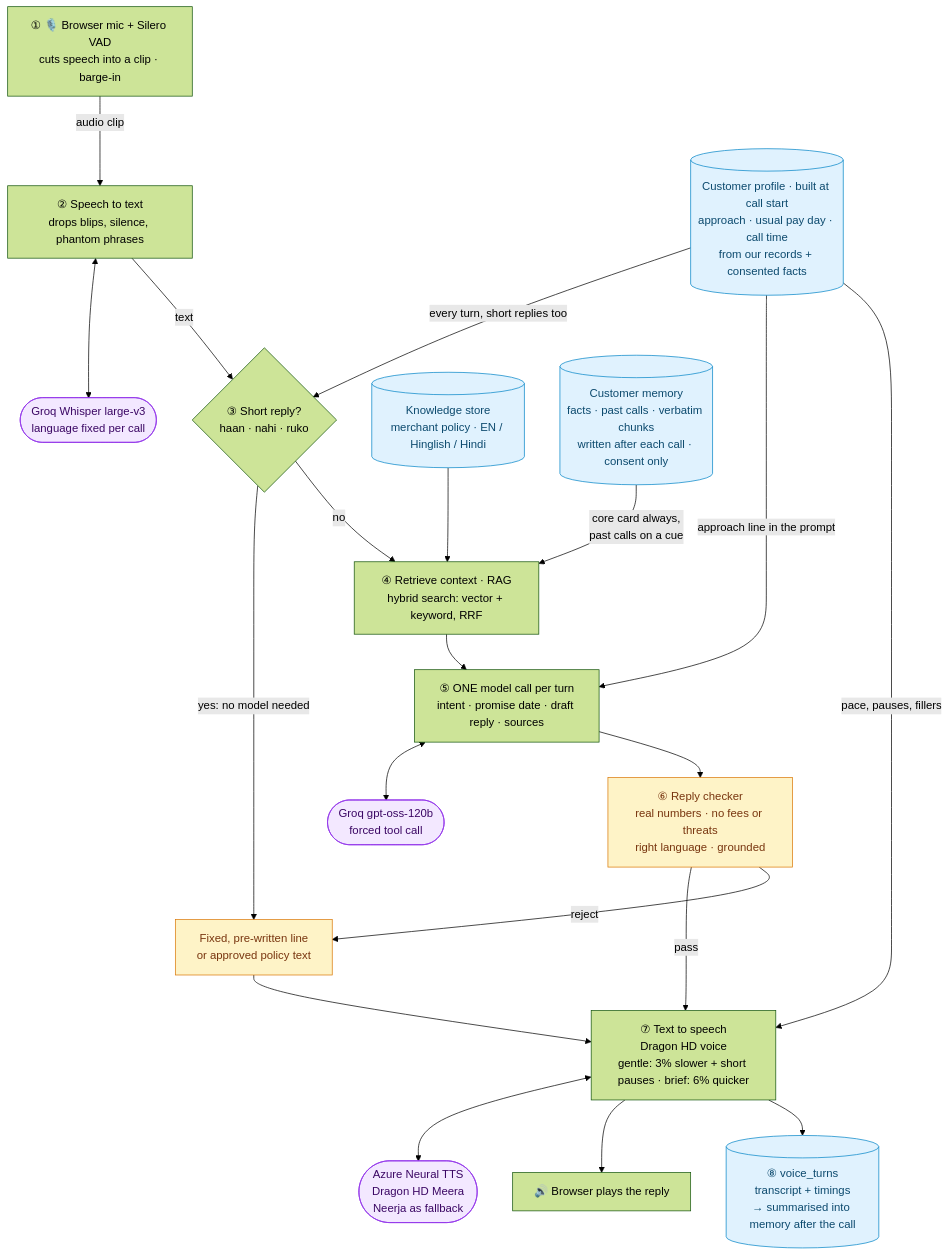
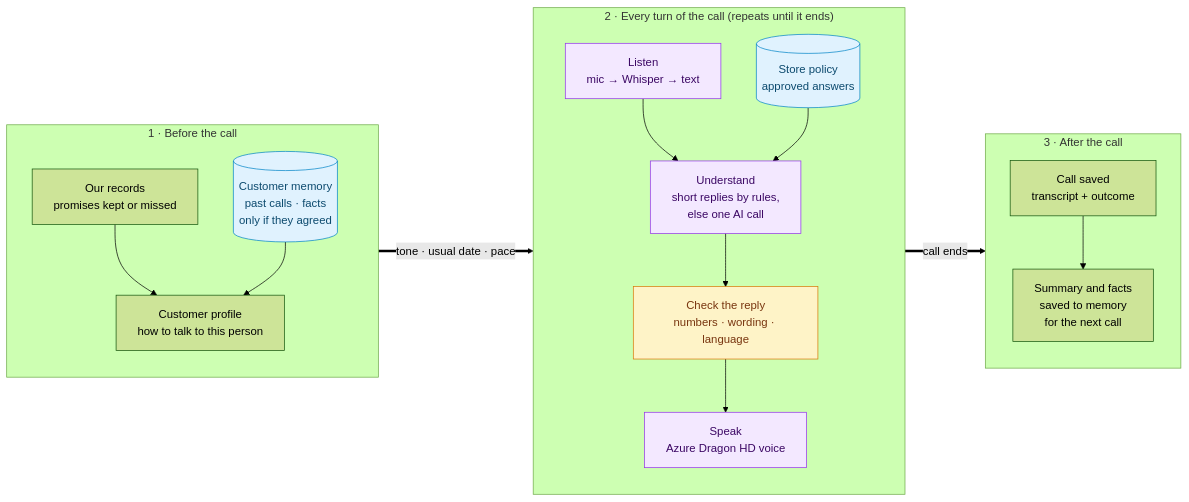
The fourth of 4 diagrams in README.md (Lakshaykhatri231/Backstop), drawn with Mermaid (forest theme) before and after one commit. The commit also changed other lines of this file, not shown here.

````diff
--- a/README.md
+++ b/README.md
@@ -387,47 +387,40 @@
 ```mermaid
-flowchart TD
-    MIC["① 🎙️ Browser mic + Silero VAD<br/>cuts speech into a clip · barge-in"]
-    STT["② Speech to text<br/>drops blips, silence, phantom phrases"]
-    SR{"③ Short reply?<br/>haan · nahi · ruko"}
-    RAG["④ Retrieve context · RAG<br/>hybrid search: vector + keyword, RRF"]
-    LLM["⑤ ONE model call per turn<br/>intent · promise date · draft reply · sources"]
-    CHK["⑥ Reply checker<br/>real numbers · no fees or threats<br/>right language · grounded"]
-    FIX["Fixed, pre-written line<br/>or approved policy text"]
-    TTS["⑦ Text to speech<br/>Dragon HD voice<br/>gentle: 3% slower + short pauses · brief: 6% quicker"]
-    PLAY["🔊 Browser plays the reply"]
-    TURNS[("⑧ voice_turns<br/>transcript + timings<br/>→ summarised into memory after the call")]
-    PROF[("Customer profile · built at call start<br/>approach · usual pay day · call time<br/>from our records + consented facts")]
+flowchart LR
+    subgraph A["1 · Before the call"]
+      direction TB
+      REC["Our records<br/>promises kept or missed"]
+      MEM[("Customer memory<br/>past calls · facts<br/>only if they agreed")]
+      PROF["Customer profile<br/>how to talk to this person"]
+      REC --> PROF
+      MEM --> PROF
+    end
 
-    W(["Groq Whisper large-v3<br/>language fixed per call"])
-    KB[("Knowledge store<br/>merchant policy · EN / Hinglish / Hindi")]
-    MEM[("Customer memory<br/>facts · past calls · verbatim chunks<br/>written after each call · consent only")]
-    G(["Groq gpt-oss-120b<br/>forced tool call"])
-    AZ(["Azure Neural TTS<br/>Dragon HD Meera<br/>Neerja as fallback"])
+    subgraph B["2 · Every turn of the call (repeats until it ends)"]
+      direction TB
+      L["Listen<br/>mic → Whisper → text"]
+      U["Understand<br/>short replies by rules,<br/>else one AI call"]
+      KB[("Store policy<br/>approved answers")]
+      C["Check the reply<br/>numbers · wording · language"]
+      S["Speak<br/>Azure Dragon HD voice"]
+      L --> U
+      KB --> U
+      U --> C --> S
+    end
 
-    PROF -- "every turn, short replies too" --> SR
-    PROF -- "approach line in the prompt" --> LLM
-    PROF -- "pace, pauses, fillers" --> TTS
-    MIC -- "audio clip" --> STT
-    STT <--> W
-    STT -- "text" --> SR
-    SR -- "yes: no model needed" --> FIX
-    SR -- no --> RAG
-    KB --> RAG
-    MEM -- "core card always,<br/>past calls on a cue" --> RAG
-    RAG --> LLM
-    LLM <--> G
-    LLM --> CHK
-    CHK -- pass --> TTS
-    CHK -- reject --> FIX
-    FIX --> TTS
-    TTS <--> AZ
-    TTS --> PLAY
-    TTS --> TURNS
+    subgraph D["3 · After the call"]
+      direction TB
+      R["Call saved<br/>transcript + outcome"]
+      SUM["Summary and facts<br/>saved to memory<br/>for the next call"]
+      R --> SUM
+    end
 
-    classDef ext fill:#f3e8ff,stroke:#9333ea,color:#3b0764
+    A ==>|"tone · usual date · pace"| B
+    B ==>|"call ends"| D
+
     classDef store fill:#e0f2fe,stroke:#0284c7,color:#0c4a6e
+    classDef ai fill:#f3e8ff,stroke:#9333ea,color:#3b0764
     classDef guard fill:#fef3c7,stroke:#d97706,color:#78350f
-    class W,G,AZ ext
-    class KB,MEM,TURNS,PROF store
-    class CHK,FIX guard
+    class MEM,KB store
+    class L,U,S ai
+    class C guard
 ```
````
